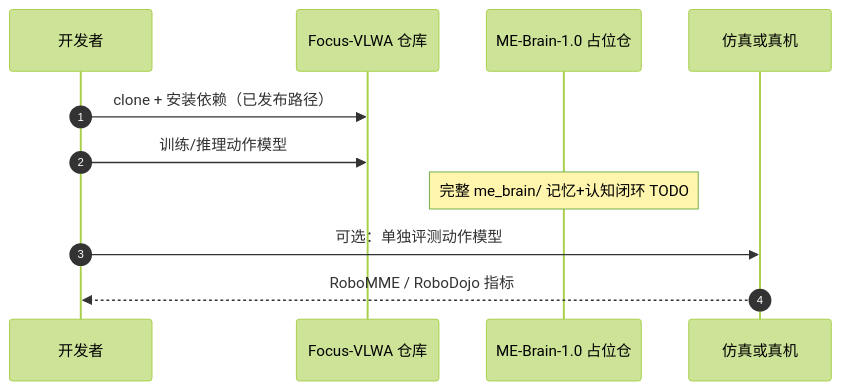
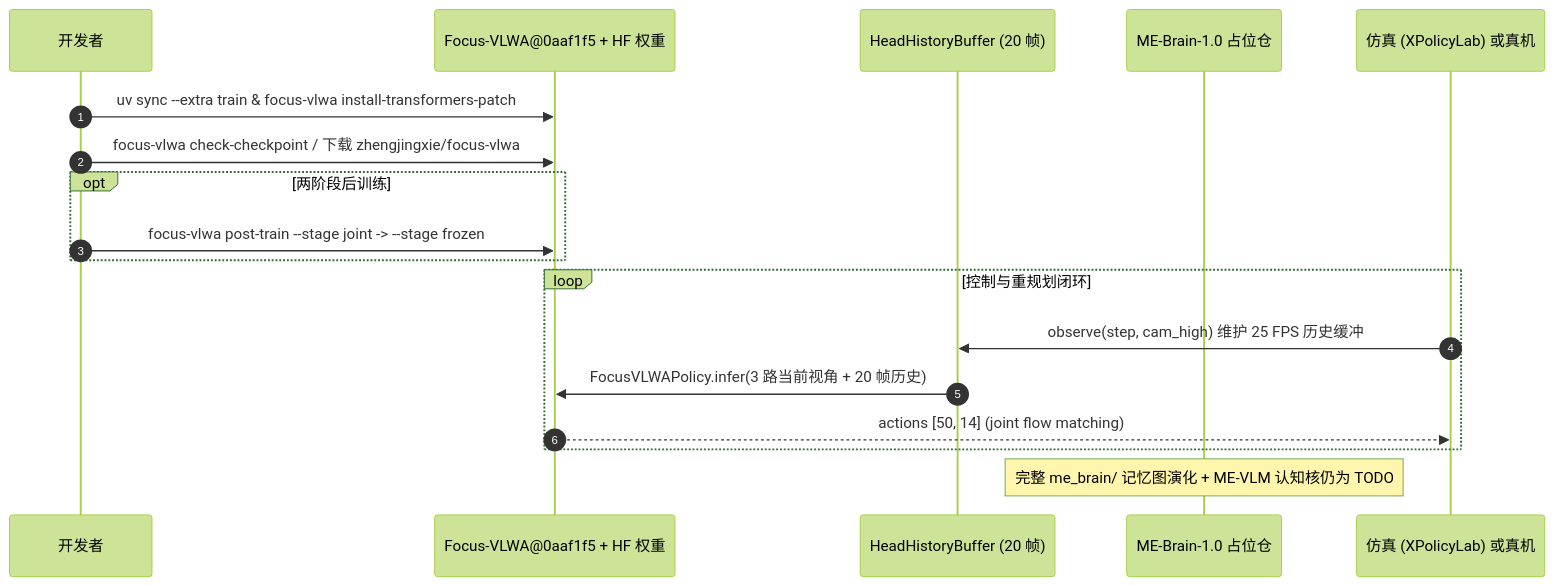
Before and after one commit to ImChong/Robotics_Notebooks: the second of 2 diagrams in wiki/entities/paper-me-brain-1-0.md, drawn with Mermaid (forest theme). The commit also changed other lines of this file and 450 other files, not shown here.

Commit message:
[2026-11-22] ingest | sources/ & wiki/ — 补齐 33 家公司路线 165/167 节点一手原文通读、骨架与 Mermaid 图表至 3/3

````diff
--- a/wiki/entities/paper-me-brain-1-0.md
+++ b/wiki/entities/paper-me-brain-1-0.md
@@ -107,13 +112,20 @@
 ```mermaid
 sequenceDiagram
   autonumber
   participant U as 开发者
-  participant F as Focus-VLWA 仓库
+  participant F as Focus-VLWA@0aaf1f5 + HF 权重
+  participant Buf as HeadHistoryBuffer (20 帧)
   participant M as ME-Brain-1.0 占位仓
-  participant S as 仿真或真机
-  U->>F: clone + 安装依赖（已发布路径）
-  U->>F: 训练/推理动作模型
-  Note over M: 完整 me_brain/ 记忆+认知闭环 TODO
-  U->>S: 可选：单独评测动作模型
-  S-->>U: RoboMME / RoboDojo 指标
+  participant S as 仿真 (XPolicyLab) 或真机
+  U->>F: uv sync --extra train & focus-vlwa install-transformers-patch
+  U->>F: focus-vlwa check-checkpoint / 下载 zhengjingxie/focus-vlwa
+  opt 两阶段后训练
+    U->>F: focus-vlwa post-train --stage joint -> --stage frozen
+  end
+  loop 控制与重规划闭环
+    S->>Buf: observe(step, cam_high) 维护 25 FPS 历史缓冲
+    Buf->>F: FocusVLWAPolicy.infer(3 路当前视角 + 20 帧历史)
+    F-->>S: actions [50, 14] (joint flow matching)
+  end
+  Note over M: 完整 me_brain/ 记忆图演化 + ME-VLM 认知核仍为 TODO
 ```
````
